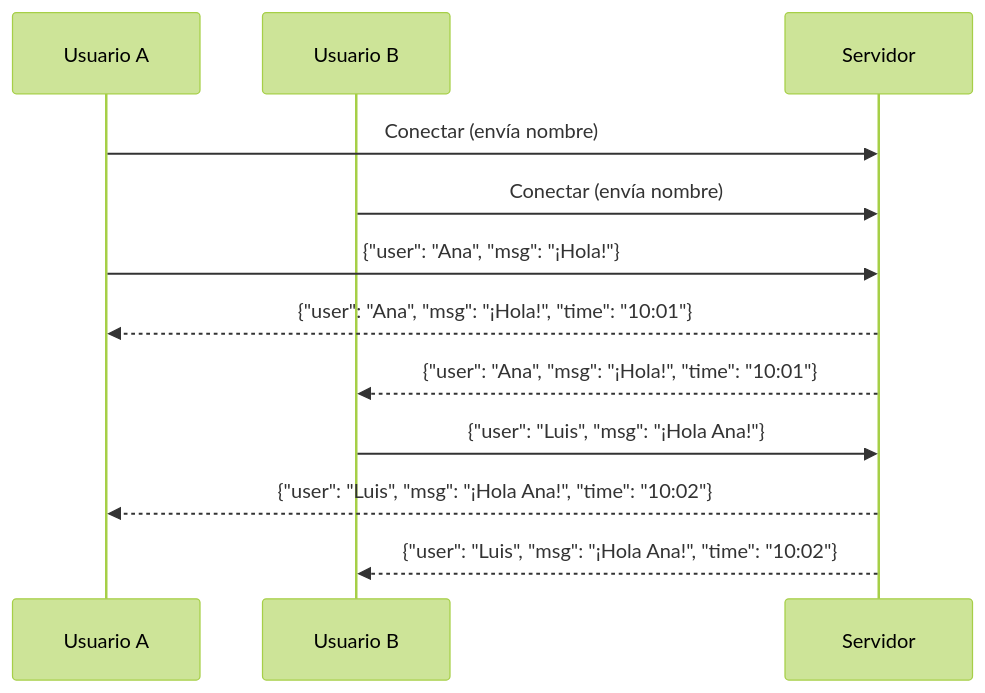
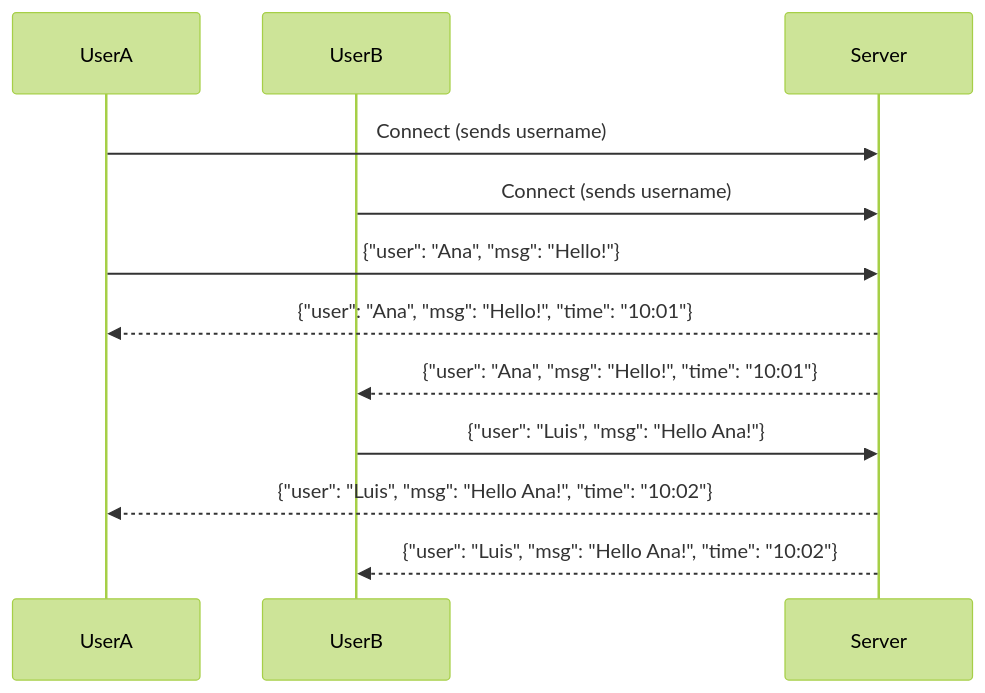
The third of 3 diagrams in docs/part2/13-chat-applications.mdx (sazardev/networking-with-go), drawn with Mermaid (forest theme) before and after one commit. The commit also changed other lines of this file and 132 other files, not shown here.

````diff
--- a/docs/part2/13-chat-applications.mdx
+++ b/docs/part2/13-chat-applications.mdx
@@ -103,14 +140,14 @@
 ```mermaid
 sequenceDiagram
-    participant UserA as Usuario A
-    participant UserB as Usuario B
-    participant Server as Servidor
-    UserA->>Server: Conectar (envía nombre)
-    UserB->>Server: Conectar (envía nombre)
-    UserA->>Server: {"user": "Ana", "msg": "¡Hola!"}
-    Server-->>UserA: {"user": "Ana", "msg": "¡Hola!", "time": "10:01"}
-    Server-->>UserB: {"user": "Ana", "msg": "¡Hola!", "time": "10:01"}
-    UserB->>Server: {"user": "Luis", "msg": "¡Hola Ana!"}
-    Server-->>UserA: {"user": "Luis", "msg": "¡Hola Ana!", "time": "10:02"}
-    Server-->>UserB: {"user": "Luis", "msg": "¡Hola Ana!", "time": "10:02"}
+    participant UserA
+    participant UserB
+    participant Server
+    UserA->>Server: Connect (sends username)
+    UserB->>Server: Connect (sends username)
+    UserA->>Server: {"user": "Ana", "msg": "Hello!"}
+    Server-->>UserA: {"user": "Ana", "msg": "Hello!", "time": "10:01"}
+    Server-->>UserB: {"user": "Ana", "msg": "Hello!", "time": "10:01"}
+    UserB->>Server: {"user": "Luis", "msg": "Hello Ana!"}
+    Server-->>UserA: {"user": "Luis", "msg": "Hello Ana!", "time": "10:02"}
+    Server-->>UserB: {"user": "Luis", "msg": "Hello Ana!", "time": "10:02"}
 ```
````
